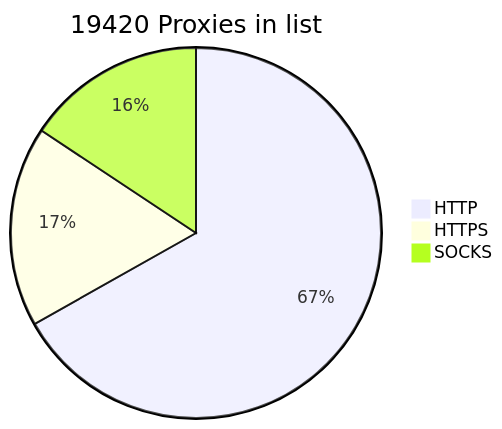
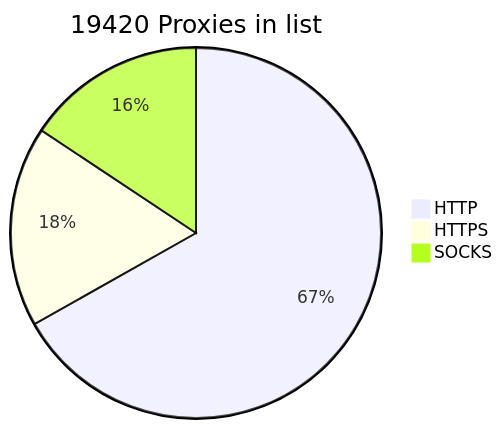
The diagram in README.md (BlackSnowDot/proxylist-update-every-minute), drawn with Mermaid before and after one commit.

````diff
--- a/README.md
+++ b/README.md
@@ -2,6 +2,6 @@
 ```mermaid
 pie title 19420 Proxies in list
-    "HTTP" : 14363
-    "HTTPS": 3759
+    "HTTP" : 14368
+    "HTTPS": 3763
     "SOCKS" : 3369
 ```
````
